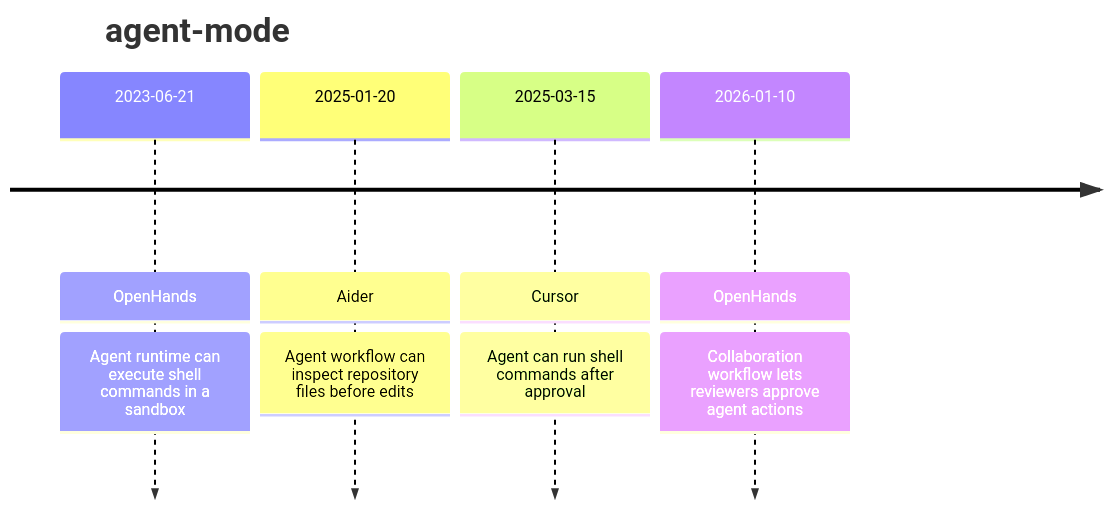
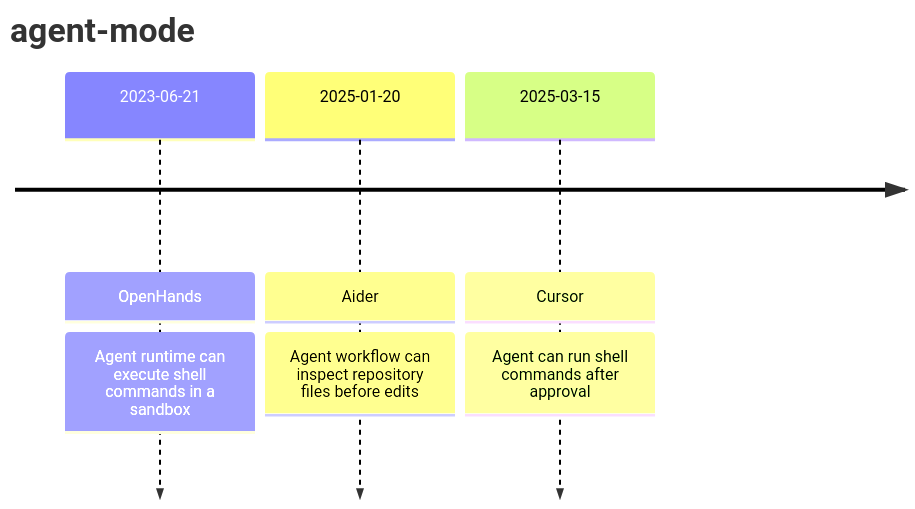
Before and after one commit to Wang-Shuo/chronolog: the diagram in Themes/agent-mode.md, drawn with Mermaid. The commit also changed other lines of this file and 58 other files, not shown here.

````diff
--- a/Themes/agent-mode.md
+++ b/Themes/agent-mode.md
@@ -18,8 +21,7 @@
 ```mermaid
 timeline
     title agent-mode
     2023-06-21 : OpenHands : Agent runtime can execute shell commands in a sandbox
     2025-01-20 : Aider : Agent workflow can inspect repository files before edits
     2025-03-15 : Cursor : Agent can run shell commands after approval
-    2026-01-10 : OpenHands : Collaboration workflow lets reviewers approve agent actions
 ```
````
